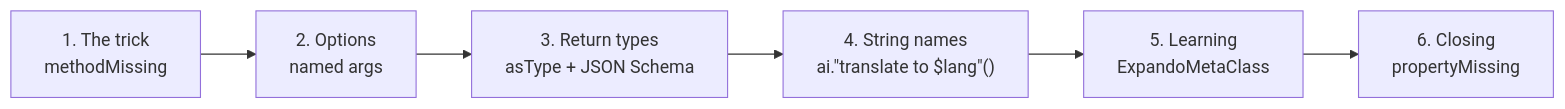
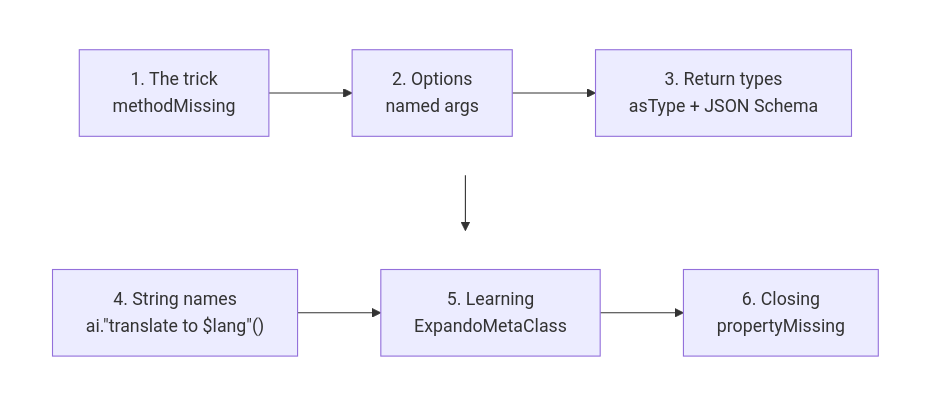
One commit to kousen/grooviest-ai-client changed the first of 4 diagrams in slides.md. Above: the diagram before and after it, drawn with Mermaid. The commit also changed 1 other file, not shown here.

Commit message:
Wrap the roadmap diagram onto two rows

````diff
--- a/slides.md
+++ b/slides.md
@@ -81,8 +81,14 @@
 ```mermaid {scale: 0.8}
-flowchart LR
-    A["1. The trick<br/>methodMissing"] --> B["2. Options<br/>named args"]
-    B --> C["3. Return types<br/>asType + JSON Schema"]
-    C --> D["4. String names<br/>ai.&quot;translate to $lang&quot;()"]
-    D --> E["5. Learning<br/>ExpandoMetaClass"]
-    E --> F["6. Closing<br/>propertyMissing"]
+flowchart TB
+    subgraph top [" "]
+        direction LR
+        A["1. The trick<br/>methodMissing"] --> B["2. Options<br/>named args"] --> C["3. Return types<br/>asType + JSON Schema"]
+    end
+    subgraph bottom [" "]
+        direction LR
+        D["4. String names<br/>ai.&quot;translate to $lang&quot;()"] --> E["5. Learning<br/>ExpandoMetaClass"] --> F["6. Closing<br/>propertyMissing"]
+    end
+    top --> bottom
+    style top fill:none,stroke:none
+    style bottom fill:none,stroke:none
 ```
````
